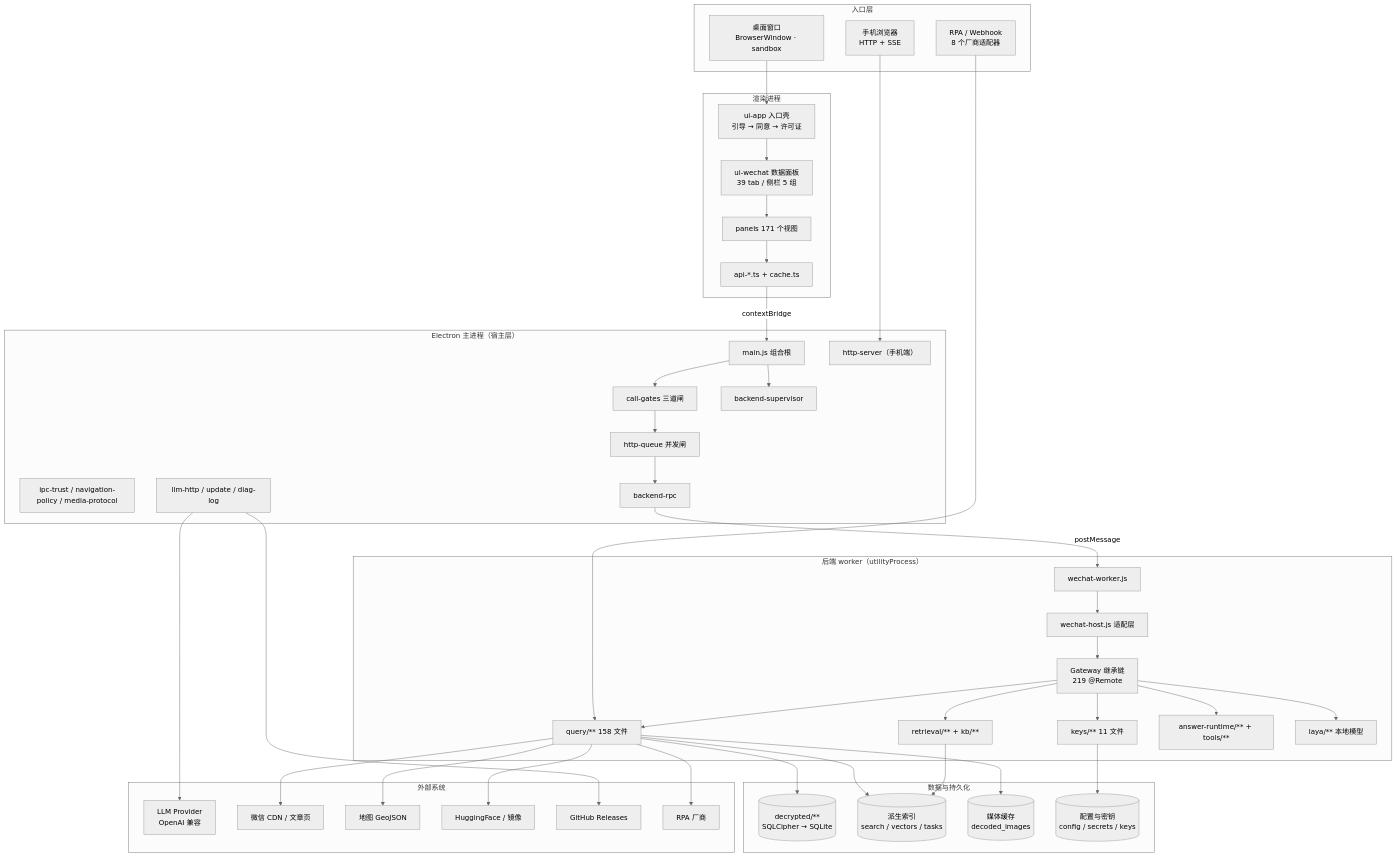
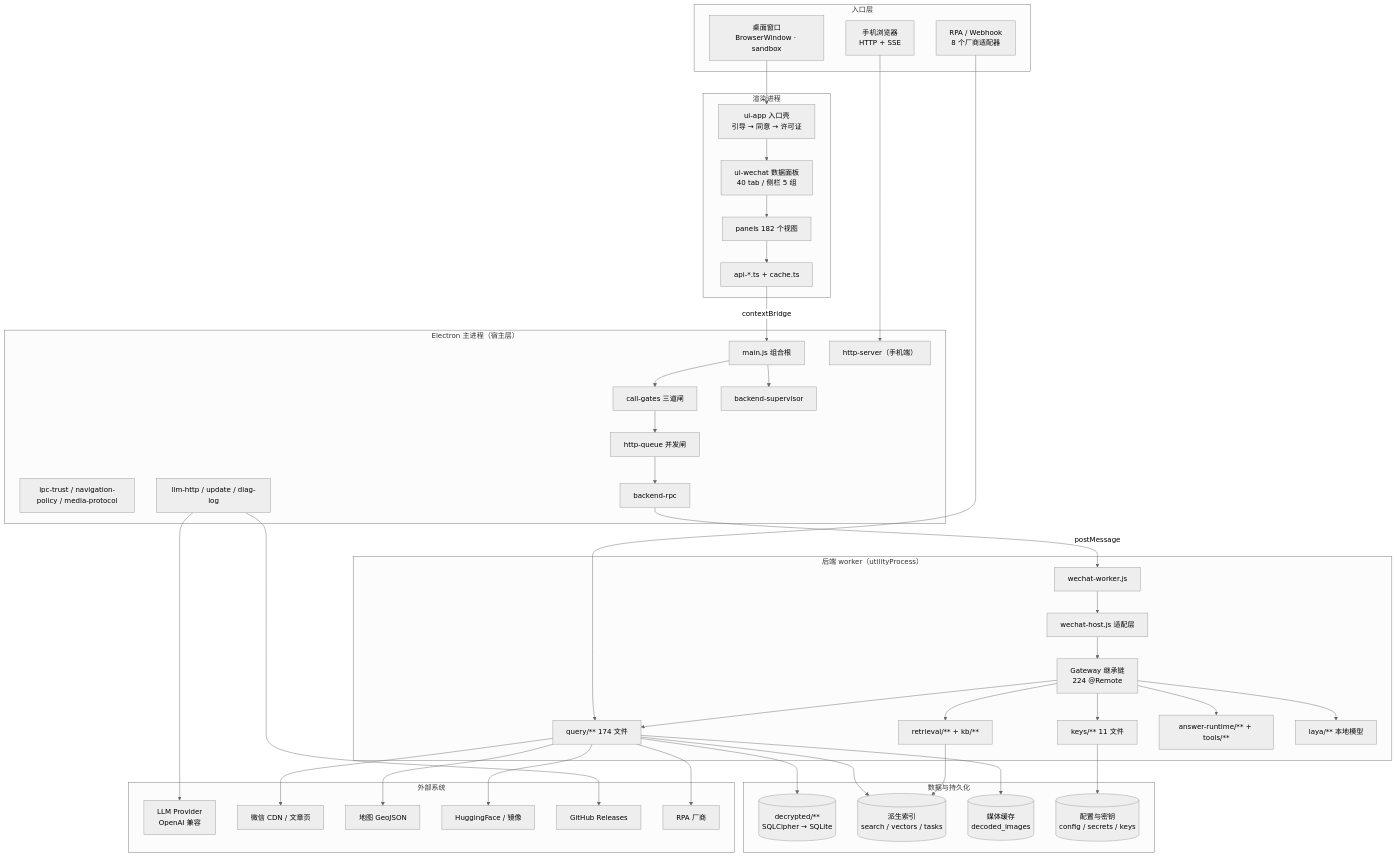
Before and after one commit to RASH-xiaowang/super_time: the diagram in docs/architecture/architecture.mmd, drawn with Mermaid (neutral theme). The commit also changed 1250 other files, not shown here.

```diff
--- a/docs/architecture/architecture.mmd
+++ b/docs/architecture/architecture.mmd
@@ -1,79 +1,79 @@
 %% Super Time 系统架构（Mermaid 源文件 · 可移植版本）
 %% 与 system-architecture.svg 同源：改这里请同步改 gen-arch.py
 flowchart TB
   subgraph ENTRY["入口层"]
     W1["桌面窗口<br/>BrowserWindow · sandbox"]
     W2["手机浏览器<br/>HTTP + SSE"]
     W3["RPA / Webhook<br/>8 个厂商适配器"]
   end
 
   subgraph RENDERER["渲染进程"]
     R1["ui-app 入口壳<br/>引导 → 同意 → 许可证"]
-    R2["ui-wechat 数据面板<br/>39 tab / 侧栏 5 组"]
-    R3["panels 171 个视图"]
+    R2["ui-wechat 数据面板<br/>40 tab / 侧栏 5 组"]
+    R3["panels 182 个视图"]
     R4["api-*.ts + cache.ts"]
   end
 
   subgraph MAIN["Electron 主进程（宿主层）"]
     M1["main.js 组合根"]
     M2["ipc-trust / navigation-policy / media-protocol"]
     M3["call-gates 三道闸"]
     M4["http-queue 并发闸"]
     M5["backend-rpc"]
     M6["backend-supervisor"]
     M7["llm-http / update / diag-log"]
     M8["http-server（手机端）"]
   end
 
   subgraph WORKER["后端 worker（utilityProcess）"]
     K1["wechat-worker.js"]
     K2["wechat-host.js 适配层"]
-    K3["Gateway 继承链<br/>219 @Remote"]
-    K4["query/** 158 文件"]
+    K3["Gateway 继承链<br/>224 @Remote"]
+    K4["query/** 174 文件"]
     K5["keys/** 11 文件"]
     K6["retrieval/** + kb/**"]
     K7["answer-runtime/** + tools/**"]
     K8["laya/** 本地模型"]
   end
 
   subgraph DATA["数据与持久化"]
     D1[("decrypted/**<br/>SQLCipher → SQLite")]
     D2[("派生索引<br/>search / vectors / tasks")]
     D3[("媒体缓存<br/>decoded_images")]
     D4[("配置与密钥<br/>config / secrets / keys")]
   end
 
   subgraph EXTERNAL["外部系统"]
     E1["LLM Provider<br/>OpenAI 兼容"]
     E2["微信 CDN / 文章页"]
     E3["地图 GeoJSON"]
     E4["HuggingFace / 镜像"]
     E5["GitHub Releases"]
     E6["RPA 厂商"]
   end
 
   W1 --> R1
   W2 --> M8
   W3 --> K4
   R1 --> R2 --> R3 --> R4
   R4 -->|"contextBridge"| M1
   M1 --> M3 --> M4 --> M5
   M5 -->|"postMessage"| K1
   K1 --> K2 --> K3
   K3 --> K4
   K3 --> K5
   K3 --> K6
   K3 --> K7
   K3 --> K8
   K4 --> D1
   K4 --> D2
   K4 --> D3
   K5 --> D4
   K6 --> D2
   M1 --> M6
   M7 --> E1
   M7 --> E5
   K4 --> E2
   K4 --> E3
   K4 --> E4
   K4 --> E6
```
